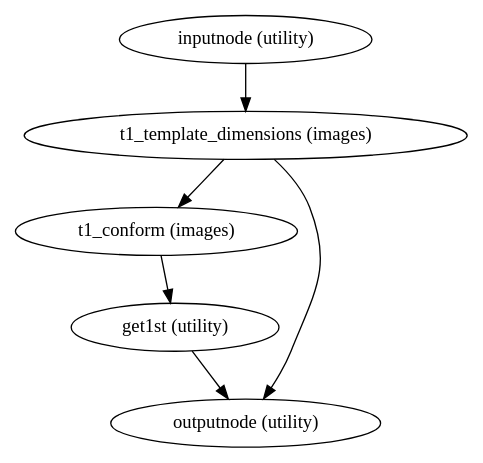
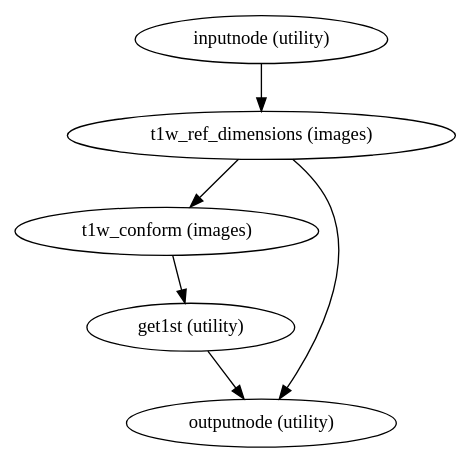
One commit to nuKs/smriprep changed the diagram in ci_doc_deploy/wf_directive/api/anat_template_wf/smriprep-workflows-anatomical-3.dot. Above: the diagram before and after it, drawn with Graphviz. The commit also changed 1676 other files, not shown here.

```diff
--- a/ci_doc_deploy/wf_directive/api/anat_template_wf/smriprep-workflows-anatomical-3.dot
+++ b/ci_doc_deploy/wf_directive/api/anat_template_wf/smriprep-workflows-anatomical-3.dot
@@ -1,12 +1,12 @@
 strict digraph  {
 "inputnode (utility)";
-"t1_template_dimensions (images)";
-"t1_conform (images)";
+"t1w_ref_dimensions (images)";
+"t1w_conform (images)";
 "outputnode (utility)";
 "get1st (utility)";
-"inputnode (utility)" -> "t1_template_dimensions (images)";
-"t1_template_dimensions (images)" -> "t1_conform (images)";
-"t1_template_dimensions (images)" -> "outputnode (utility)";
-"t1_conform (images)" -> "get1st (utility)";
+"inputnode (utility)" -> "t1w_ref_dimensions (images)";
+"t1w_ref_dimensions (images)" -> "t1w_conform (images)";
+"t1w_ref_dimensions (images)" -> "outputnode (utility)";
+"t1w_conform (images)" -> "get1st (utility)";
 "get1st (utility)" -> "outputnode (utility)";
 }
```
